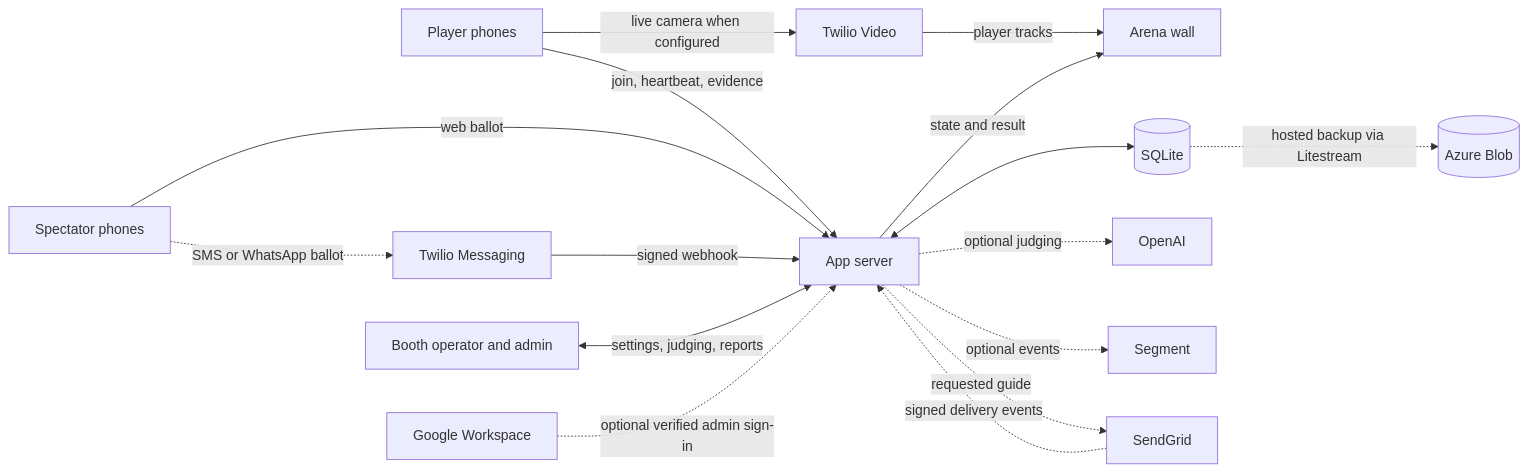
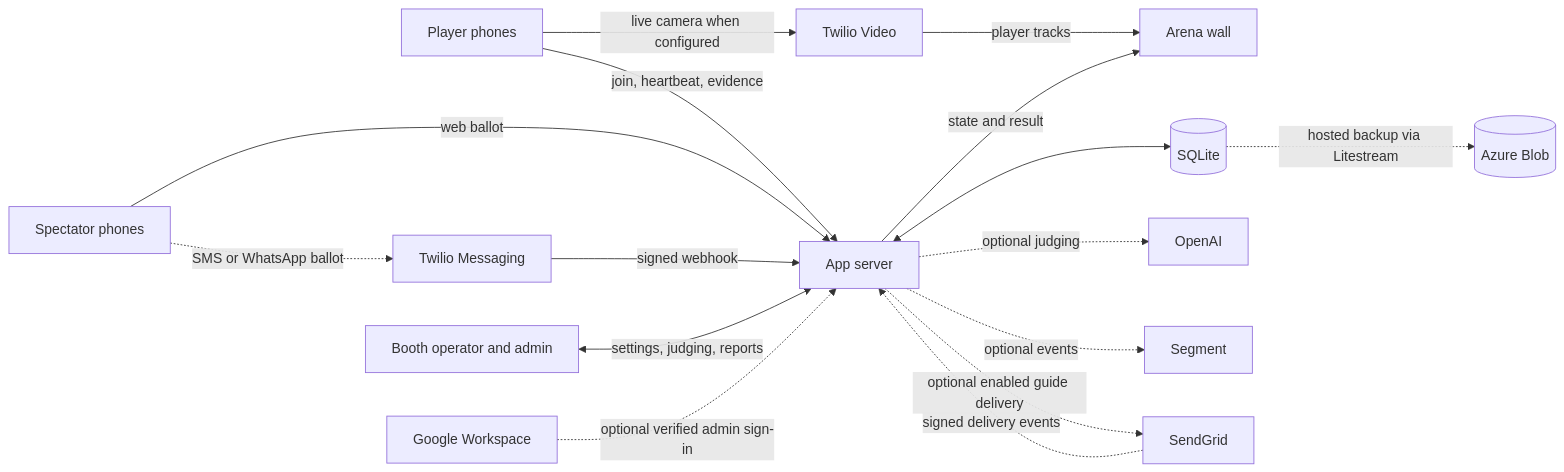
The diagram in README.md (anthonyplusAI/twilio-live-scavenger-hunt), drawn with Mermaid before and after one commit. The commit also changed other lines of this file and 15 other files, not shown here.

Commit message:
Pause SendGrid guide email until sender is authenticated

````diff
--- a/README.md
+++ b/README.md
@@ -273,18 +273,18 @@
 ```mermaid
 flowchart LR
     P[Player phones] -->|join, heartbeat, evidence| A[App server]
     P -->|live camera when configured| V[Twilio Video]
     V -->|player tracks| W[Arena wall]
     A -->|state and result| W
     S[Spectator phones] -->|web ballot| A
     S -. SMS or WhatsApp ballot .-> M[Twilio Messaging]
     M -->|signed webhook| A
     O[Booth operator and admin] <-->|settings, judging, reports| A
     G[Google Workspace] -. optional verified admin sign-in .-> A
     A <--> D[(SQLite)]
     D -. hosted backup via Litestream .-> B[(Azure Blob)]
     A -. optional judging .-> AI[OpenAI]
     A -. optional events .-> SG[Segment]
-    A -. requested guide .-> E[SendGrid]
+    A -. optional enabled guide delivery .-> E[SendGrid]
     E -. signed delivery events .-> A
 ```
````
